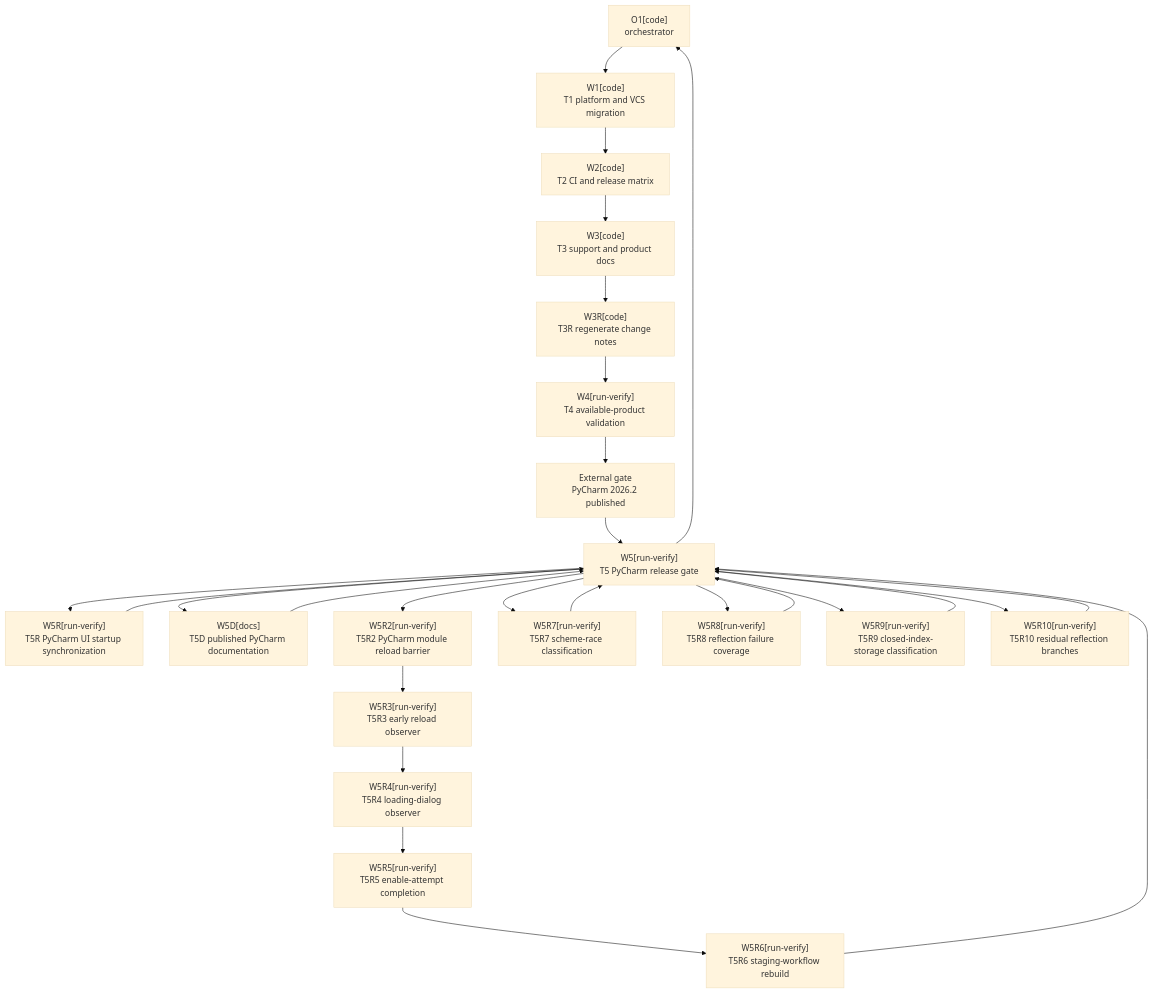
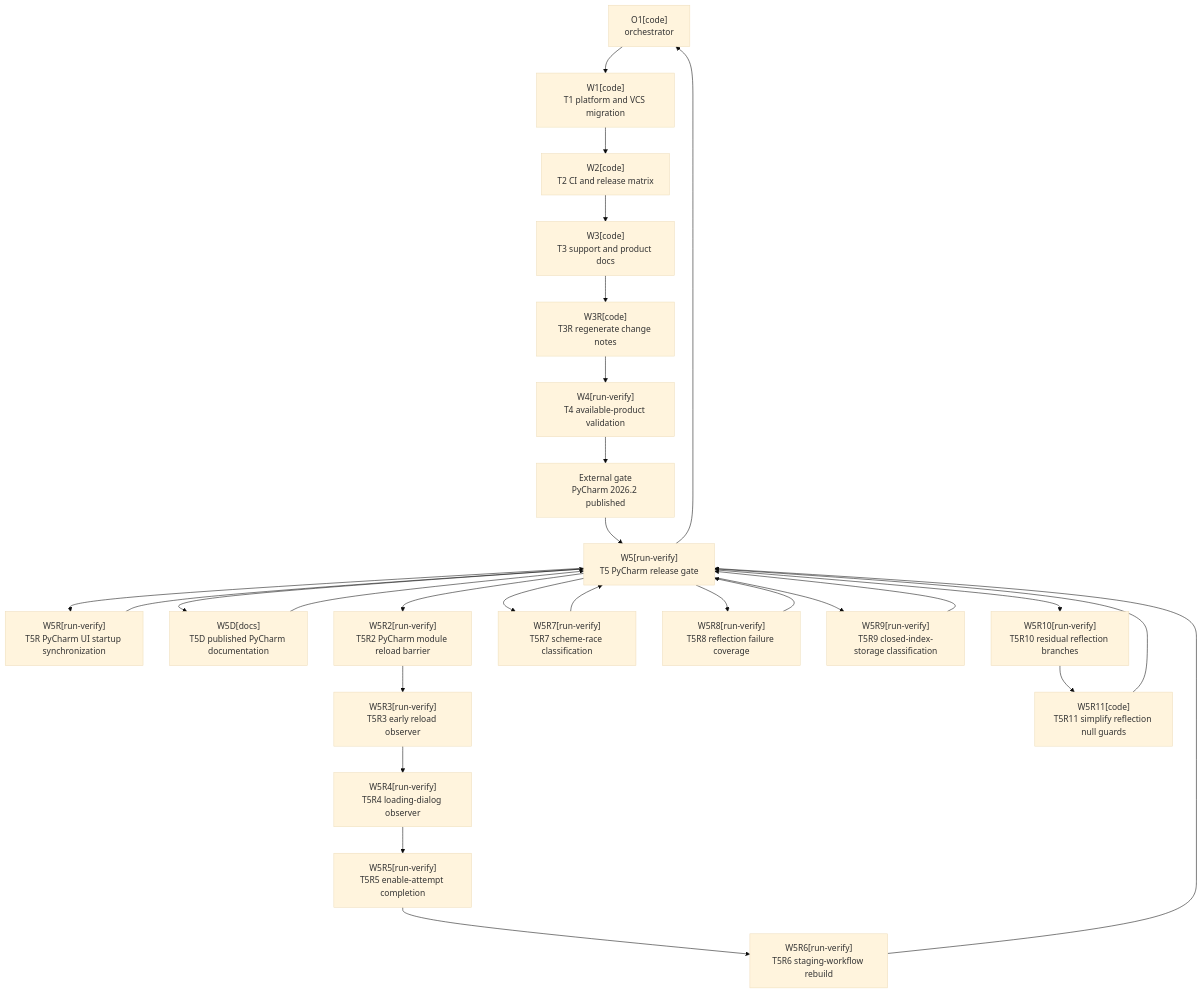
One commit to kamkie/intellij-ai-commit-all-plugin changed the diagram in .agents/plans/PLAN-intellij-2026-2-sdk-upgrade.md. Above: the diagram before and after it, drawn with Mermaid (base theme). The commit also changed other lines of this file and 1 other file, not shown here.

First line of the commit message:
docs(plan): add reflection null-guard remediation

````diff
--- a/.agents/plans/PLAN-intellij-2026-2-sdk-upgrade.md
+++ b/.agents/plans/PLAN-intellij-2026-2-sdk-upgrade.md
@@ -1282,23 +1353,24 @@
 ```mermaid
 flowchart TD
     O1["O1[code]<br/>orchestrator"]
     W1["W1[code]<br/>T1 platform and VCS migration"]
     W2["W2[code]<br/>T2 CI and release matrix"]
     W3["W3[code]<br/>T3 support and product docs"]
     W3R["W3R[code]<br/>T3R regenerate change notes"]
     W4["W4[run-verify]<br/>T4 available-product validation"]
     G1["External gate<br/>PyCharm 2026.2 published"]
     W5["W5[run-verify]<br/>T5 PyCharm release gate"]
     W5R["W5R[run-verify]<br/>T5R PyCharm UI startup synchronization"]
     W5D["W5D[docs]<br/>T5D published PyCharm documentation"]
     W5R2["W5R2[run-verify]<br/>T5R2 PyCharm module reload barrier"]
     W5R3["W5R3[run-verify]<br/>T5R3 early reload observer"]
     W5R4["W5R4[run-verify]<br/>T5R4 loading-dialog observer"]
     W5R5["W5R5[run-verify]<br/>T5R5 enable-attempt completion"]
     W5R6["W5R6[run-verify]<br/>T5R6 staging-workflow rebuild"]
     W5R7["W5R7[run-verify]<br/>T5R7 scheme-race classification"]
     W5R8["W5R8[run-verify]<br/>T5R8 reflection failure coverage"]
     W5R9["W5R9[run-verify]<br/>T5R9 closed-index-storage classification"]
     W5R10["W5R10[run-verify]<br/>T5R10 residual reflection branches"]
-    O1 --> W1 --> W2 --> W3 --> W3R --> W4 --> G1 --> W5 --> W5R --> W5 --> W5D --> W5 --> W5R2 --> W5R3 --> W5R4 --> W5R5 --> W5R6 --> W5 --> W5R7 --> W5 --> W5R8 --> W5 --> W5R9 --> W5 --> W5R10 --> W5 --> O1
+    W5R11["W5R11[code]<br/>T5R11 simplify reflection null guards"]
+    O1 --> W1 --> W2 --> W3 --> W3R --> W4 --> G1 --> W5 --> W5R --> W5 --> W5D --> W5 --> W5R2 --> W5R3 --> W5R4 --> W5R5 --> W5R6 --> W5 --> W5R7 --> W5 --> W5R8 --> W5 --> W5R9 --> W5 --> W5R10 --> W5R11 --> W5 --> O1
 ```
````
